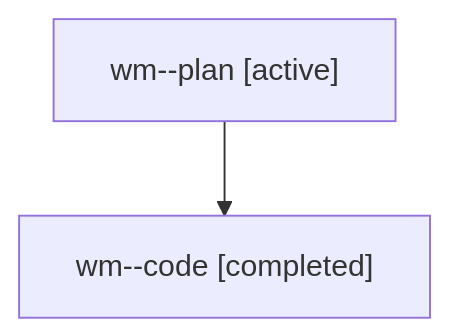
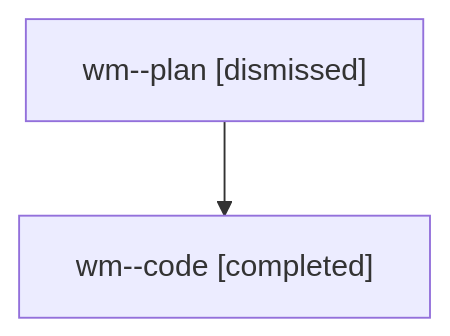
The diagram in sessions/bbugyi200.athena.wm.md (bobs-org/bob-cli--agents), drawn with Mermaid before and after one commit. The commit also changed other lines of this file and 33 other files, not shown here.

````diff
--- a/sessions/bbugyi200.athena.wm.md
+++ b/sessions/bbugyi200.athena.wm.md
@@ -9,6 +9,6 @@
 ```mermaid
 flowchart TD
-  n0["wm--plan [active]"]
+  n0["wm--plan [dismissed]"]
   n1["wm--code [completed]"]
   n0 --> n1
 ```
````
